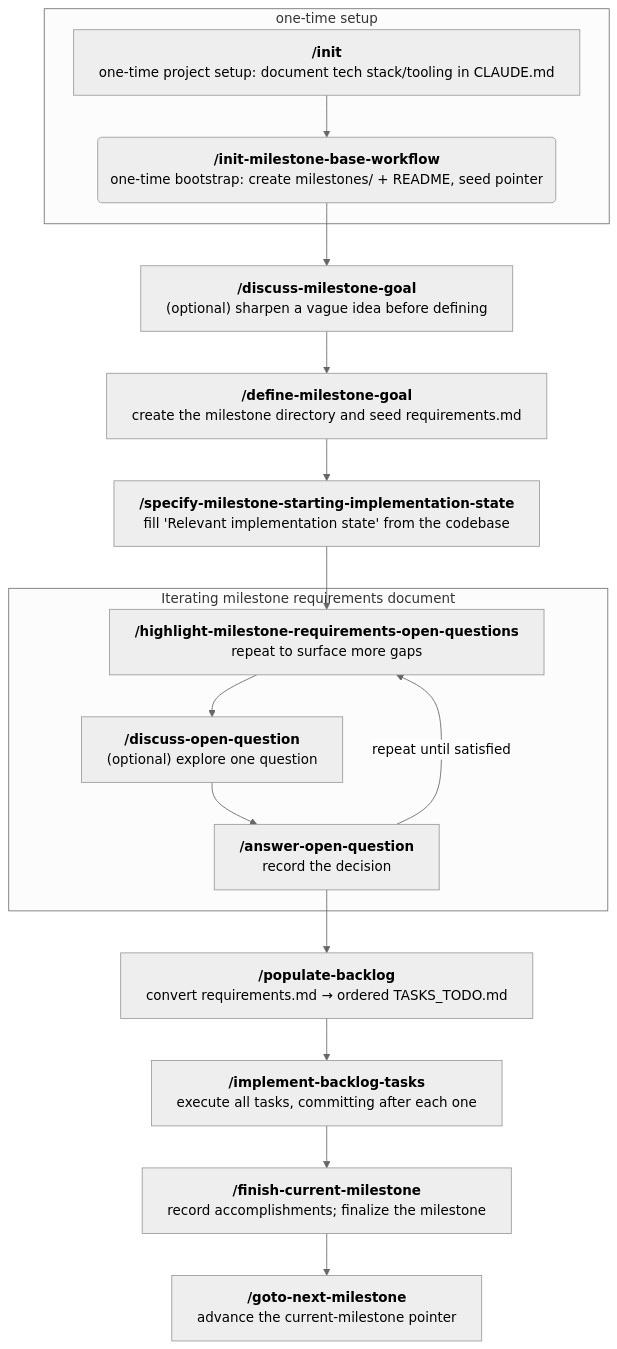
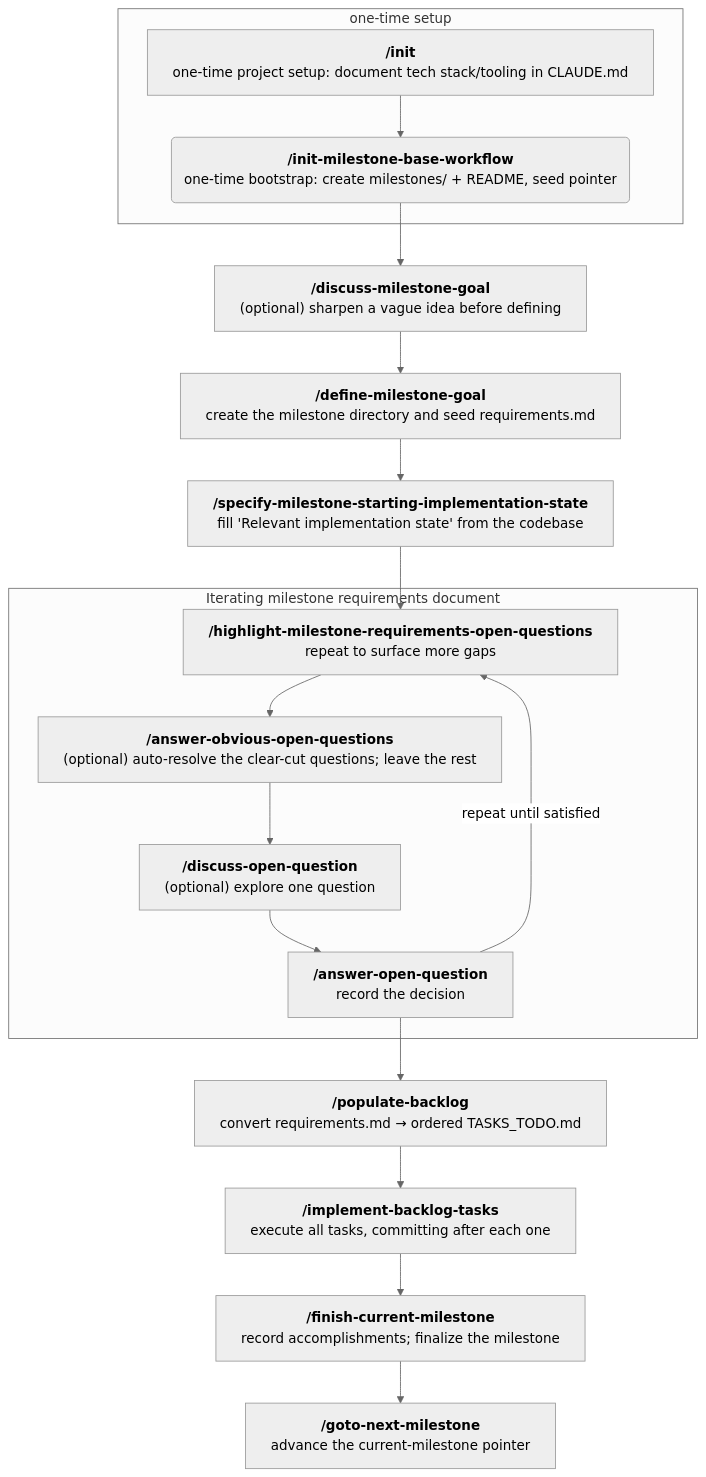
Before and after one commit to uHappyLogic/cairn: the diagram in README.md, drawn with Mermaid (neutral theme). The commit also changed other lines of this file and 2 other files, not shown here.

First line of the commit message:
Add answer-obvious-open-questions skill

````diff
--- a/README.md
+++ b/README.md
@@ -56,25 +56,26 @@
 ```mermaid
 %%{init: {'flowchart': {'wrappingWidth': 9999}}}%%
 flowchart TD
 subgraph one-time setup
     A["<b>/init</b><br/>one-time project setup: document tech stack/tooling in CLAUDE.md"]
     B("<b>/init-milestone-base-workflow</b><br/>one-time bootstrap: create milestones/ + README, seed pointer")
 end
     C["<b>/discuss-milestone-goal</b><br/>(optional) sharpen a vague idea before defining"]
     D["<b>/define-milestone-goal</b><br/>create the milestone directory and seed requirements.md"]
     E["<b>/specify-milestone-starting-implementation-state</b><br/>fill 'Relevant implementation state' from the codebase"]
 subgraph Iterating milestone requirements document
     F["<b>/highlight-milestone-requirements-open-questions</b><br/>repeat to surface more gaps"]
+    M["<b>/answer-obvious-open-questions</b><br/>(optional) auto-resolve the clear-cut questions; leave the rest"]
     G["<b>/discuss-open-question</b><br/>(optional) explore one question"]
     H["<b>/answer-open-question</b><br/>record the decision"]
 end
     I["<b>/populate-backlog</b><br/>convert requirements.md → ordered TASKS_TODO.md"]
     J["<b>/implement-backlog-tasks</b><br/>execute all tasks, committing after each one"]
     K["<b>/finish-current-milestone</b><br/>record accomplishments; finalize the milestone"]
     L["<b>/goto-next-milestone</b><br/>advance the current-milestone pointer"]
 
     A --> B --> C --> D --> E --> F
-    F --> G --> H
+    F --> M --> G --> H
     H -->|repeat until satisfied| F
     H --> I --> J --> K --> L
 ```
````
